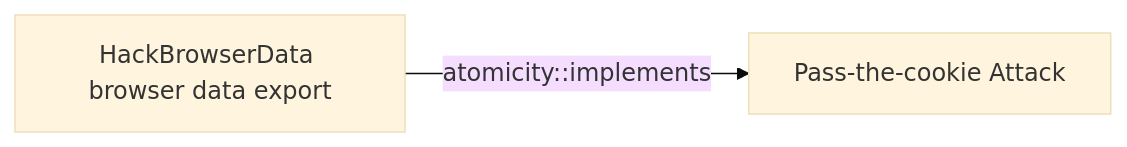
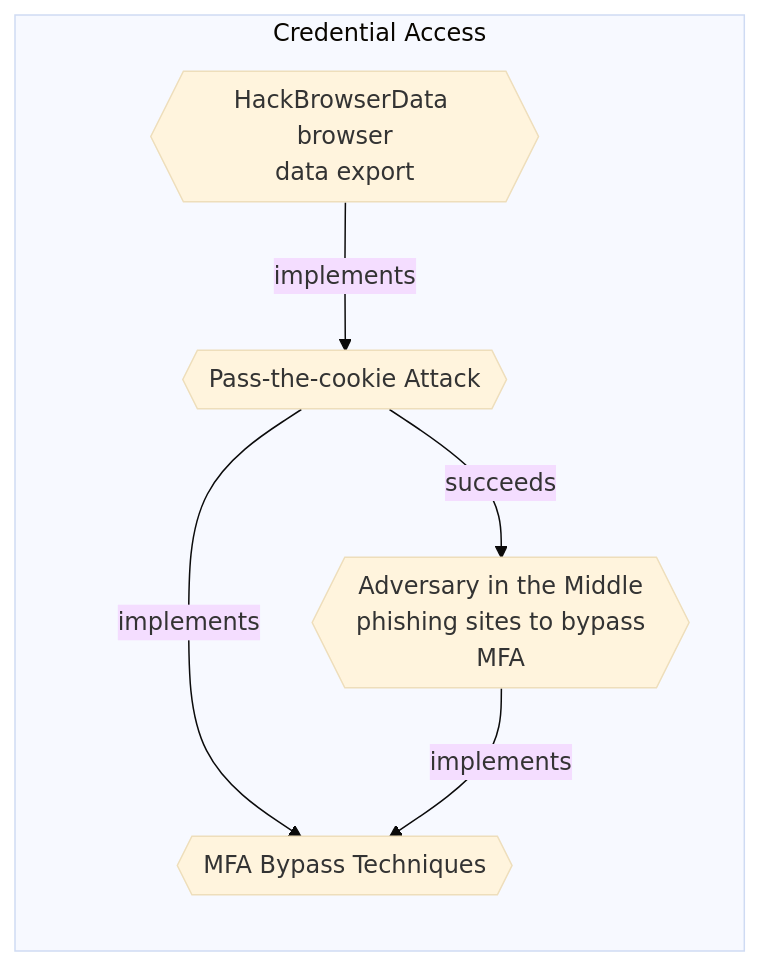
The diagram in docs/threats/hackbrowserdata-browser-data-export.md (opentidehq/library), drawn with Mermaid (base theme) before and after one commit. The commit also changed other lines of this file and 540 other files, not shown here.

````diff
--- a/docs/threats/hackbrowserdata-browser-data-export.md
+++ b/docs/threats/hackbrowserdata-browser-data-export.md
@@ -73,6 +89,13 @@
 ```mermaid
 flowchart LR
-ba88c4a0_bf3b_46cb_b022_050ae22abce8["HackBrowserData browser data export"]
-b0d6bf74_b204_4a48_9509_4499ed795771["Pass-the-cookie Attack"]
-ba88c4a0_bf3b_46cb_b022_050ae22abce8 -->|atomicity::implements| b0d6bf74_b204_4a48_9509_4499ed795771
+subgraph "Credential Access"
+ba88c4a0_bf3b_46cb_b022_050ae22abce8{{"HackBrowserData browser<br>data export"}}
+b0d6bf74_b204_4a48_9509_4499ed795771{{"Pass-the-cookie Attack"}}
+66aafb61_9a46_4287_8b40_4785b42b77a3{{"Adversary in the Middle<br>phishing sites to bypass<br>MFA"}}
+4a807ac4_f764_41b1_ae6f_94239041d349{{"MFA Bypass Techniques"}}
+end
+ba88c4a0_bf3b_46cb_b022_050ae22abce8 -->|implements| b0d6bf74_b204_4a48_9509_4499ed795771
+b0d6bf74_b204_4a48_9509_4499ed795771 -->|succeeds| 66aafb61_9a46_4287_8b40_4785b42b77a3
+b0d6bf74_b204_4a48_9509_4499ed795771 -->|implements| 4a807ac4_f764_41b1_ae6f_94239041d349
+66aafb61_9a46_4287_8b40_4785b42b77a3 -->|implements| 4a807ac4_f764_41b1_ae6f_94239041d349
 ```
````
